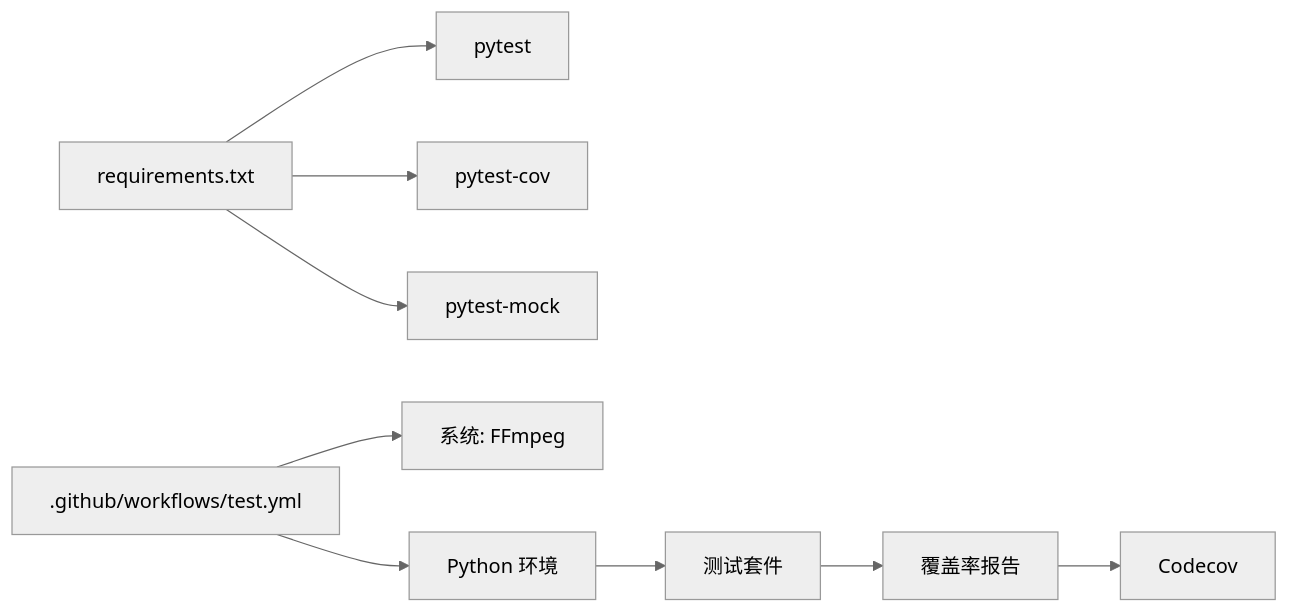
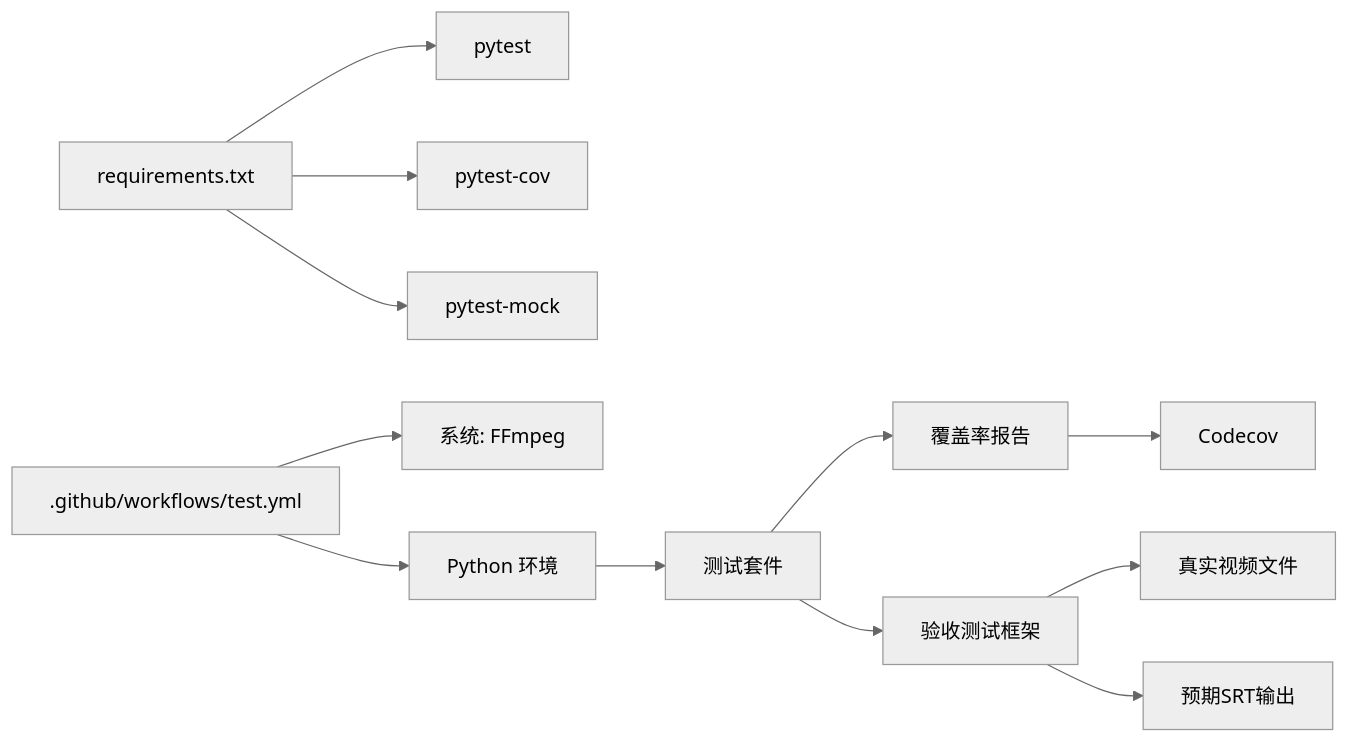
Diagram 23 of 24 in .qoder/repowiki/zh/content/测试与质量保证/测试与质量保证.md (boyingliu01/VideoSplitter), drawn with Mermaid (neutral theme) before and after one commit. The commit also changed other lines of this file and 59 other files, not shown here.

````diff
--- a/.qoder/repowiki/zh/content/测试与质量保证/测试与质量保证.md
+++ b/.qoder/repowiki/zh/content/测试与质量保证/测试与质量保证.md
@@ -657,11 +776,14 @@
 ```mermaid
 graph LR
 R["requirements.txt"] --> P["pytest"]
 R --> PC["pytest-cov"]
 R --> PM["pytest-mock"]
 CI[".github/workflows/test.yml"] --> Sys["系统: FFmpeg"]
 CI --> PyEnv["Python 环境"]
 PyEnv --> Tests["测试套件"]
 Tests --> Cov["覆盖率报告"]
 Cov --> CC["Codecov"]
+Tests --> Acceptance["验收测试框架"]
+Acceptance --> RealFiles["真实视频文件"]
+Acceptance --> ExpectedOutput["预期SRT输出"]
 ```
````
